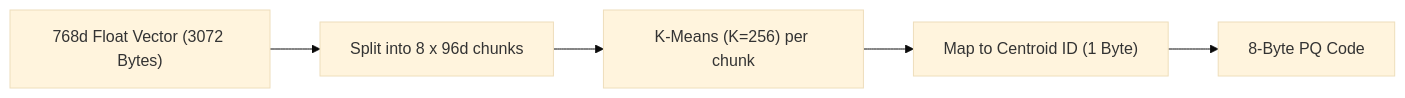
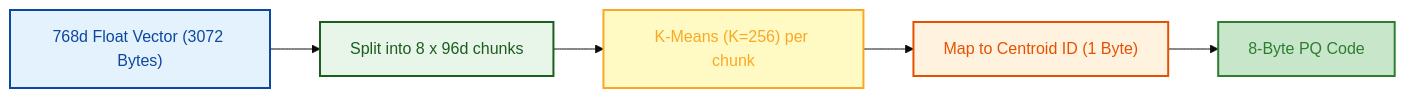
The third of 4 diagrams in docs/05-vector-databases/README.md (GyanendraChaubey/AI-Engineering-Notes), drawn with Mermaid (base theme) before and after one commit. The commit also changed other lines of this file and 15 other files, not shown here.

Commit message:
style: apply light color palette to remaining Mermaid diagrams (docs 15 & 16)

````diff
--- a/docs/05-vector-databases/README.md
+++ b/docs/05-vector-databases/README.md
@@ -126,7 +146,12 @@
 ```mermaid
 flowchart LR
     A["768d Float Vector (3072 Bytes)"] --> B["Split into 8 x 96d chunks"]
     B --> C["K-Means (K=256) per chunk"]
     C --> D["Map to Centroid ID (1 Byte)"]
     D --> E["8-Byte PQ Code"]
+    style A fill:#e3f2fd,stroke:#0d47a1,stroke-width:2px,color:#0d47a1
+    style B fill:#e8f5e9,stroke:#1b5e20,stroke-width:2px,color:#1b5e20
+    style C fill:#fff9c4,stroke:#f9a825,stroke-width:2px,color:#f9a825
+    style D fill:#fff3e0,stroke:#e65100,stroke-width:2px,color:#e65100
+    style E fill:#c8e6c9,stroke:#2e7d32,stroke-width:2px,color:#2e7d32
 ```
````
